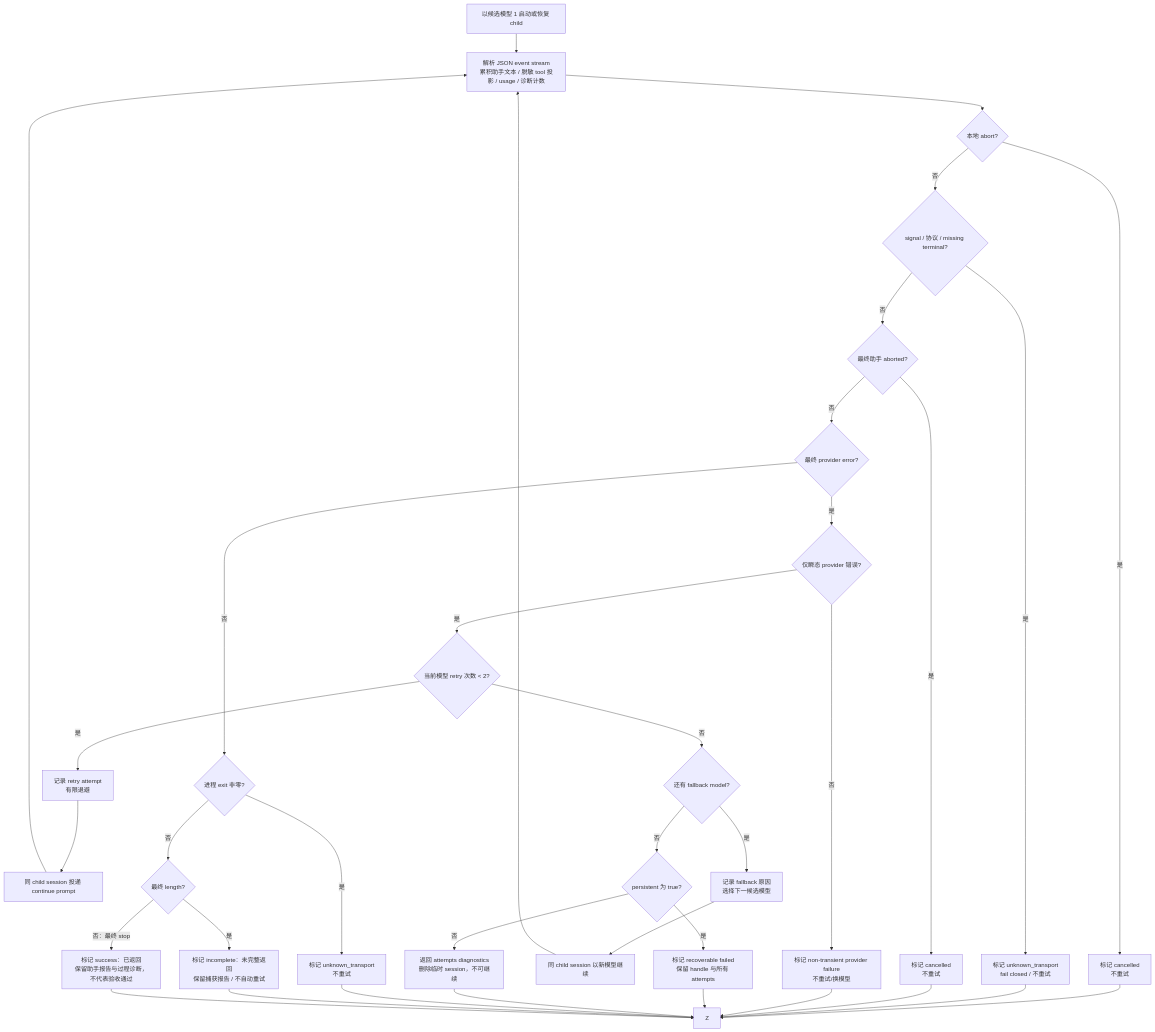
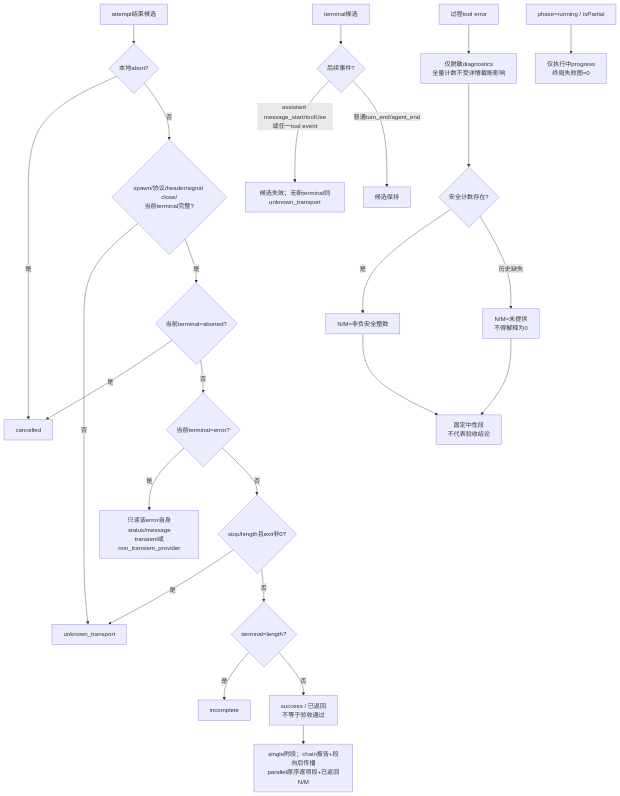
The sixth of 12 diagrams in docs/02-产品实现/subagent-dispatcher-流程图.md (ZHOUKAILIAN/my-pi-extension), drawn with Mermaid before and after one commit. The commit also changed other lines of this file and 47 other files, not shown here.

````diff
--- a/docs/02-产品实现/subagent-dispatcher-流程图.md
+++ b/docs/02-产品实现/subagent-dispatcher-流程图.md
@@ -48,38 +172,27 @@
 ```mermaid
 flowchart TD
-  A[以候选模型 1 启动或恢复 child] --> B[解析 JSON event stream<br/>累积助手文本 / 脱敏 tool 投影 / usage / 诊断计数]
-  B --> C{本地 abort?}
-  C -->|是| CA[标记 cancelled<br/>不重试]
-  CA --> Z
-  C -->|否| D{signal / 协议 / missing terminal?}
-  D -->|是| U[标记 unknown_transport<br/>fail closed / 不重试]
-  U --> Z
-  D -->|否| E{最终助手 aborted?}
-  E -->|是| EB[标记 cancelled<br/>不重试]
-  EB --> Z
-  E -->|否| F{最终 provider error?}
-  F -->|是| H{仅瞬态 provider 错误?}
-  H -->|否| I[标记 non-transient provider failure<br/>不重试/换模型]
-  I --> Z
-  H -->|是| J{当前模型 retry 次数 < 2?}
-  J -->|是| K[记录 retry attempt<br/>有限退避]
-  K --> L[同 child session 投递 continue prompt]
-  L --> B
-  J -->|否| M{还有 fallback model?}
-  M -->|是| N[记录 fallback 原因<br/>选择下一候选模型]
-  N --> O[同 child session 以新模型继续]
-  O --> B
-  M -->|否| P{persistent 为 true?}
-  P -->|是| R[标记 recoverable failed<br/>保留 handle 与所有 attempts]
-  P -->|否| S[返回 attempts diagnostics<br/>删除临时 session，不可继续]
-  R --> Z
-  S --> Z
-  F -->|否| G{进程 exit 非零?}
-  G -->|是| U2[标记 unknown_transport<br/>不重试]
-  U2 --> Z
-  G -->|否| L2{最终 length?}
-  L2 -->|是| T[标记 incomplete：未完整返回<br/>保留捕获报告 / 不自动重试]
-  T --> Z
-  L2 -->|否：最终 stop| OK[标记 success：已返回<br/>保留助手报告与过程诊断，不代表验收通过]
-  OK --> Z
+  A[attempt结束候选] --> L{本地abort?}
+  L -->|是| C[cancelled]
+  L -->|否| I{spawn/协议/header/signal close/<br/>当前terminal完整?}
+  I -->|否| U[unknown_transport]
+  I -->|是| AB{当前terminal=aborted?}
+  AB -->|是| C
+  AB -->|否| ER{当前terminal=error?}
+  ER -->|是| P[只读该error自身status/message<br/>transient或non_transient_provider]
+  ER -->|否| NZ{stop/length且exit非0?}
+  NZ -->|是| U
+  NZ -->|否| LE{terminal=length?}
+  LE -->|是| INC[incomplete]
+  LE -->|否| OK[success / 已返回<br/>不等于验收通过]
+  TC[terminal候选] --> INV{后续事件?}
+  INV -->|assistant message_start/toolUse<br/>或任一tool event| VOID[候选失效；无新terminal则unknown_transport]
+  INV -->|普通turn_end/agent_end| KEEP[候选保持]
+  TE[过程tool error] --> DIAG[仅脱敏diagnostics<br/>全量计数不受详情截断影响]
+  PH[phase=running / isPartial] --> PROG[仅执行中progress<br/>终局失败图=0]
+  DIAG --> SAFE{安全计数存在?}
+  SAFE -->|是| NUM[N/M=非负安全整数]
+  SAFE -->|历史缺失| MISS[N/M=未提供<br/>不得解释为0]
+  NUM --> SEG[固定中性段<br/>不代表验收结论]
+  MISS --> SEG
+  OK --> COMP[single附段；chain报告+段向后传播<br/>parallel原序逐项段+已返回N/M]
 ```
````
